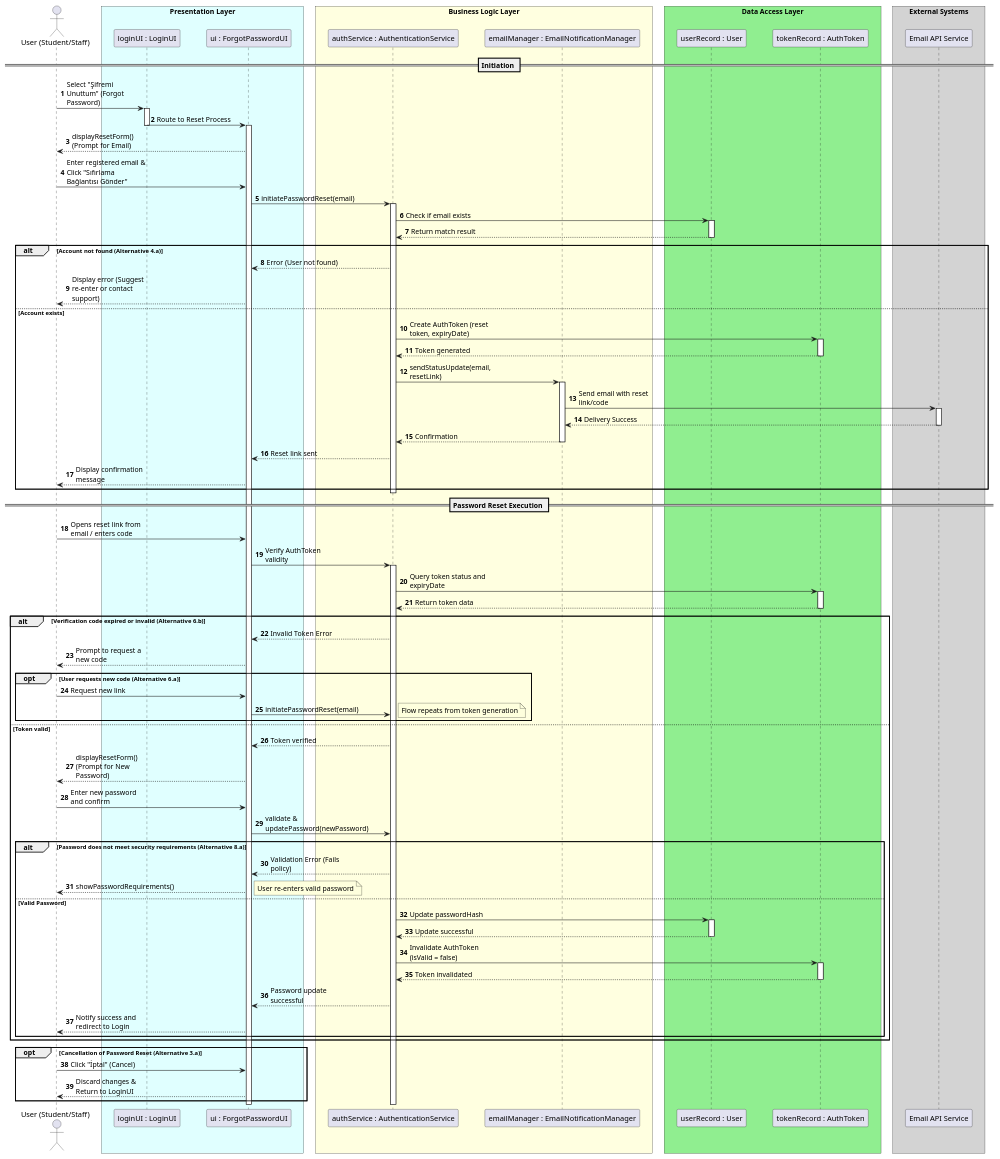
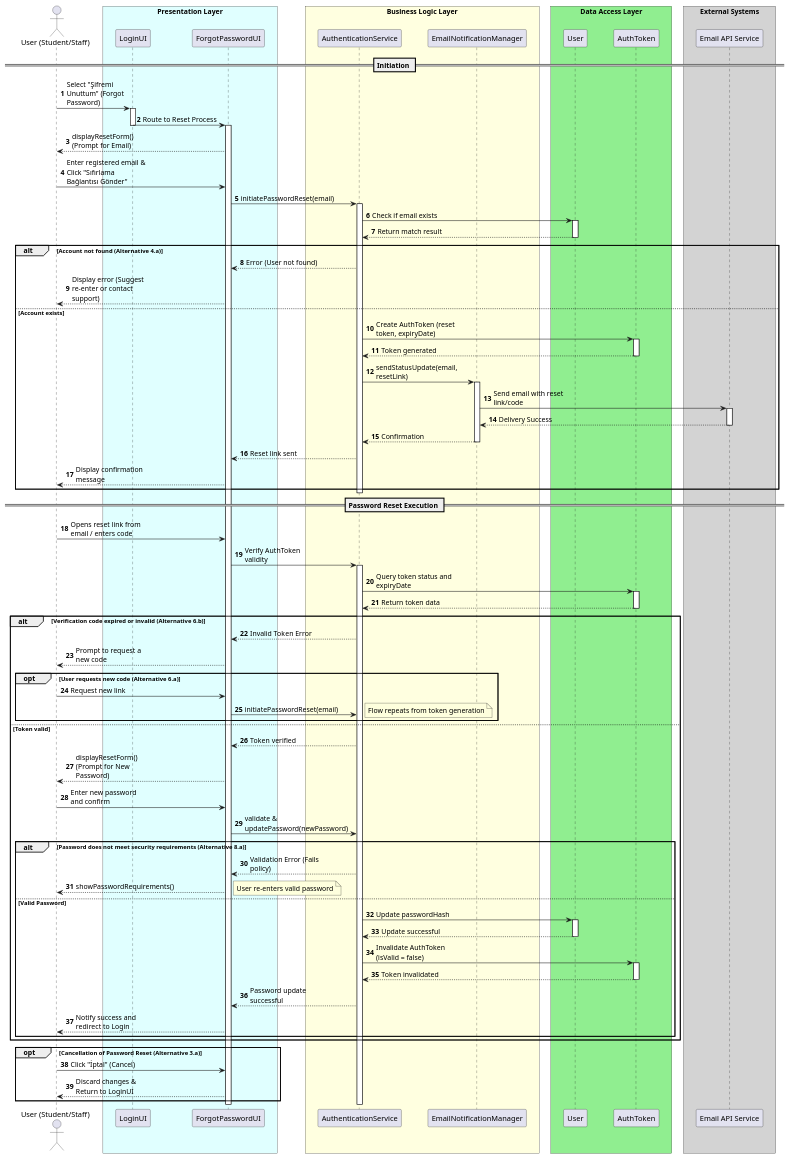
One commit to UTMS-G02/utms changed the diagram in docs/uml/uc-13.puml. Above: the diagram before and after it, drawn with PlantUML. The commit also changed 6 other files, not shown here.

```diff
--- a/docs/uml/uc-13.puml
+++ b/docs/uml/uc-13.puml
@@ -1,127 +1,127 @@
 @startuml uc-13
 autonumber
 skinparam maxMessageSize 150
 skinparam ParticipantPadding 20
 skinparam BoxPadding 10
 
 actor "User (Student/Staff)" as User
 
 box "Presentation Layer" #LightCyan
-participant "loginUI : LoginUI" as LoginUI
-participant "ui : ForgotPasswordUI" as UI
+participant "LoginUI" as LoginUI
+participant "ForgotPasswordUI" as UI
 end box
 
 box "Business Logic Layer" #LightYellow
-participant "authService : AuthenticationService" as AuthService
-participant "emailManager : EmailNotificationManager" as EmailService
+participant "AuthenticationService" as AuthService
+participant "EmailNotificationManager" as EmailService
 end box
 
 box "Data Access Layer" #LightGreen
-participant "userRecord : User" as UserDB
-participant "tokenRecord : AuthToken" as TokenDB
+participant "User" as UserDB
+participant "AuthToken" as TokenDB
 end box
 
 box "External Systems" #LightGray
 participant "Email API Service" as EmailAPI
 end box
 
 == Initiation ==
 User -> LoginUI: Select "Şifremi Unuttum" (Forgot Password)
 activate LoginUI
 LoginUI -> UI: Route to Reset Process
 deactivate LoginUI
 
 activate UI
 UI --> User: displayResetForm() (Prompt for Email)
 
 User -> UI: Enter registered email & Click "Sıfırlama Bağlantısı Gönder"
 UI -> AuthService: initiatePasswordReset(email)
 activate AuthService
 
 AuthService -> UserDB: Check if email exists
 activate UserDB
 UserDB --> AuthService: Return match result
 deactivate UserDB
 
 alt Account not found (Alternative 4.a)
     AuthService --> UI: Error (User not found)
     UI --> User: Display error (Suggest re-enter or contact support)
 else Account exists
     AuthService -> TokenDB: Create AuthToken (reset token, expiryDate)
     activate TokenDB
     TokenDB --> AuthService: Token generated
     deactivate TokenDB
 
     AuthService -> EmailService: sendStatusUpdate(email, resetLink)
     activate EmailService
 
     EmailService -> EmailAPI: Send email with reset link/code
     activate EmailAPI
     EmailAPI --> EmailService: Delivery Success
     deactivate EmailAPI
 
     EmailService --> AuthService: Confirmation
     deactivate EmailService
 
     AuthService --> UI: Reset link sent
     UI --> User: Display confirmation message
 end
 deactivate AuthService
 
 == Password Reset Execution ==
 User -> UI: Opens reset link from email / enters code
 UI -> AuthService: Verify AuthToken validity
 activate AuthService
 
 AuthService -> TokenDB: Query token status and expiryDate
 activate TokenDB
 TokenDB --> AuthService: Return token data
 deactivate TokenDB
 
 alt Verification code expired or invalid (Alternative 6.b)
     AuthService --> UI: Invalid Token Error
     UI --> User: Prompt to request a new code
     
     opt User requests new code (Alternative 6.a)
         User -> UI: Request new link
         UI -> AuthService: initiatePasswordReset(email)
         note right: Flow repeats from token generation
     end
     
 else Token valid
     AuthService --> UI: Token verified
     UI --> User: displayResetForm() (Prompt for New Password)
 
     User -> UI: Enter new password and confirm
     UI -> AuthService: validate & updatePassword(newPassword)
 
     alt Password does not meet security requirements (Alternative 8.a)
         AuthService --> UI: Validation Error (Fails policy)
         UI --> User: showPasswordRequirements()
         note right: User re-enters valid password
         
     else Valid Password
         AuthService -> UserDB: Update passwordHash
         activate UserDB
         UserDB --> AuthService: Update successful
         deactivate UserDB
 
         AuthService -> TokenDB: Invalidate AuthToken (isValid = false)
         activate TokenDB
         TokenDB --> AuthService: Token invalidated
         deactivate TokenDB
 
         AuthService --> UI: Password update successful
         UI --> User: Notify success and redirect to Login
     end
 end
 
 opt Cancellation of Password Reset (Alternative 3.a)
     User -> UI: Click "İptal" (Cancel)
     UI --> User: Discard changes & Return to LoginUI
 end
 
 deactivate AuthService
 deactivate UI
 
 @enduml
```
